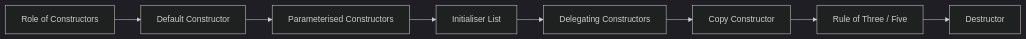
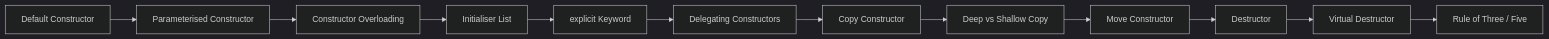
One commit to Raushan666java/ai-engineering-journey changed the diagram in docs/courses/oop-cpp/03-constructors.md. Above: the diagram before and after it, drawn with Mermaid (dark theme). The commit also changed other lines of this file and 15 other files, not shown here.

````diff
--- a/docs/courses/oop-cpp/03-constructors.md
+++ b/docs/courses/oop-cpp/03-constructors.md
@@ -30,10 +61,14 @@
 ```mermaid
 flowchart LR
-    A[Role of Constructors] --> B[Default Constructor]
-    B --> C[Parameterised Constructors]
+    A[Default Constructor] --> B[Parameterised Constructor]
+    B --> C[Constructor Overloading]
     C --> D[Initialiser List]
-    D --> E[Delegating Constructors]
-    E --> F[Copy Constructor]
-    F --> G[Rule of Three / Five]
-    G --> H[Destructor]
+    D --> E[explicit Keyword]
+    E --> F[Delegating Constructors]
+    F --> G[Copy Constructor]
+    G --> H[Deep vs Shallow Copy]
+    H --> I[Move Constructor]
+    I --> J[Destructor]
+    J --> K[Virtual Destructor]
+    K --> L[Rule of Three / Five]
 ```
````
